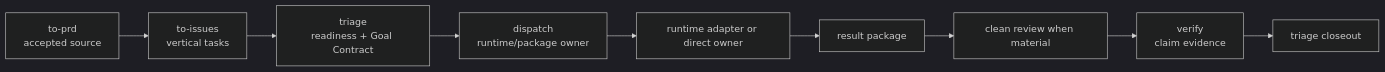
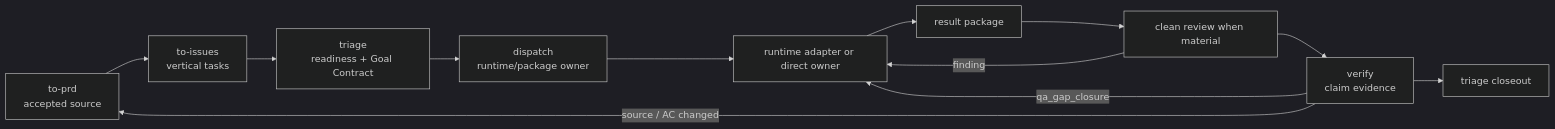
Before and after one commit to daxiong888/Groundwork: the second of 2 diagrams in docs/plugin-architecture.md, drawn with Mermaid (dark theme). The commit also changed other lines of this file and 2 other files, not shown here.

````diff
--- a/docs/plugin-architecture.md
+++ b/docs/plugin-architecture.md
@@ -69,11 +69,14 @@
 ```mermaid
 flowchart LR
   A["to-prd\naccepted source"] --> B["to-issues\nvertical tasks"]
   B --> C["triage\nreadiness + Goal Contract"]
   C --> D["dispatch\nruntime/package owner"]
   D --> E["runtime adapter or direct owner"]
   E --> F["result package"]
   F --> G["clean review when material"]
   G --> H["verify\nclaim evidence"]
   H --> I["triage closeout"]
+  G -->|"finding"| E
+  H -->|"qa_gap_closure"| E
+  H -->|"source / AC changed"| A
 ```
````
